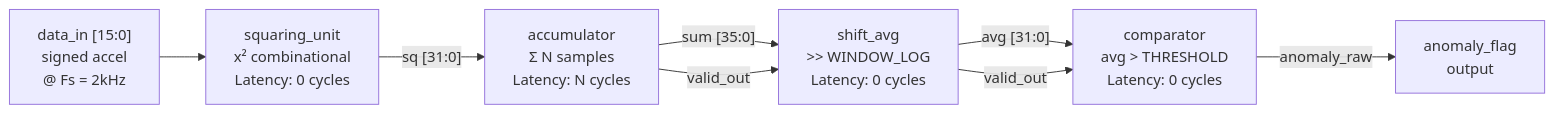
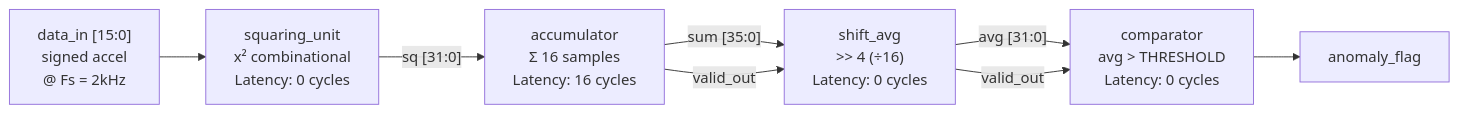
The diagram in README.md (hominhthao/rms-anomaly-detection-ip), drawn with Mermaid before and after one commit. The commit also changed other lines of this file, not shown here.

````diff
--- a/README.md
+++ b/README.md
@@ -164,11 +134,11 @@
 ```mermaid
 graph LR
-    A["data_in [15:0]\nsigned accel\n@ Fs = 2kHz"] 
+    A["data_in [15:0]\nsigned accel\n@ Fs = 2kHz"]
     --> B["squaring_unit\nx² combinational\nLatency: 0 cycles"]
-    B -->|"sq [31:0]"| C["accumulator\nΣ N samples\nLatency: N cycles"]
-    C -->|"sum [35:0]"| D["shift_avg\n>> WINDOW_LOG\nLatency: 0 cycles"]
+    B -->|"sq [31:0]"| C["accumulator\nΣ 16 samples\nLatency: 16 cycles"]
+    C -->|"sum [35:0]"| D["shift_avg\n>> 4 (÷16)\nLatency: 0 cycles"]
     D -->|"avg [31:0]"| E["comparator\navg > THRESHOLD\nLatency: 0 cycles"]
-    E -->|"anomaly_raw"| F["anomaly_flag\noutput"]
+    E --> F["anomaly_flag"]
     C -->|"valid_out"| D
     D -->|"valid_out"| E
 ```
````
